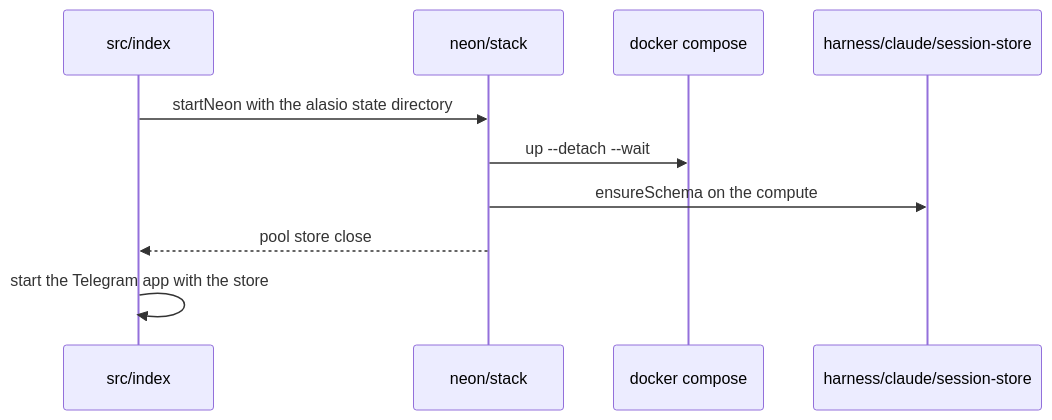
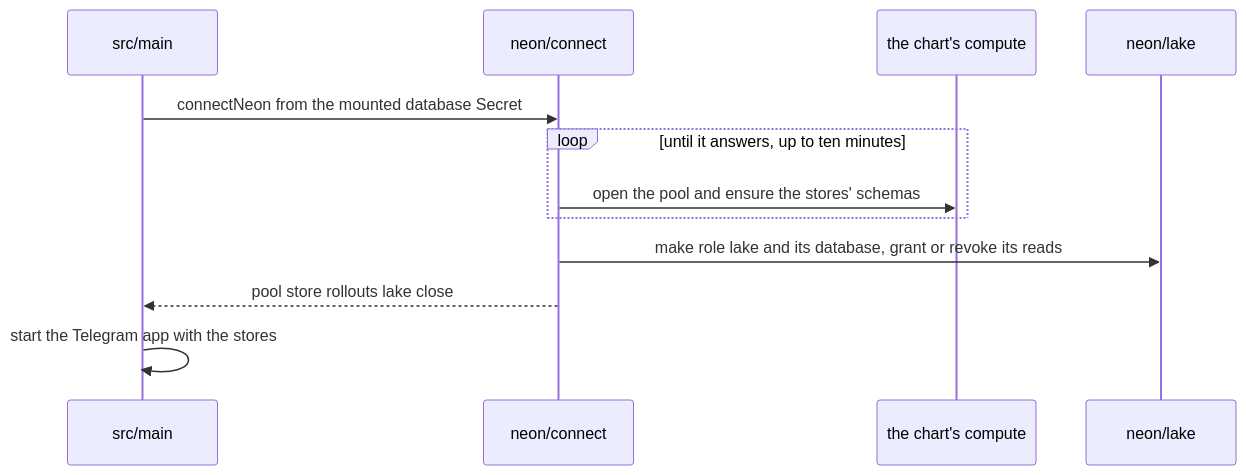
Before and after one commit to eaucoin/alasio: the second of 3 diagrams in src/neon/README.md, drawn with Mermaid. The commit also changed other lines of this file and 37 other files, not shown here.

First line of the commit message:
Document alasio on Kubernetes, and fit its end-to-end run on CI's runners

````diff
--- a/src/neon/README.md
+++ b/src/neon/README.md
@@ -19,12 +21,14 @@
 ```mermaid
 sequenceDiagram
-  participant Index as src/index
-  participant Stack as neon/stack
-  participant Compose as docker compose
-  participant Store as harness/claude/session-store
-  Index->>Stack: startNeon with the alasio state directory
-  Stack->>Compose: up --detach --wait
-  Stack->>Store: ensureSchema on the compute
-  Stack-->>Index: pool store close
-  Index->>Index: start the Telegram app with the store
+  participant Main as src/main
+  participant Connect as neon/connect
+  participant Compute as the chart's compute
+  participant Lake as neon/lake
+  Main->>Connect: connectNeon from the mounted database Secret
+  loop until it answers, up to ten minutes
+    Connect->>Compute: open the pool and ensure the stores' schemas
+  end
+  Connect->>Lake: make role lake and its database, grant or revoke its reads
+  Connect-->>Main: pool store rollouts lake close
+  Main->>Main: start the Telegram app with the stores
 ```
````
